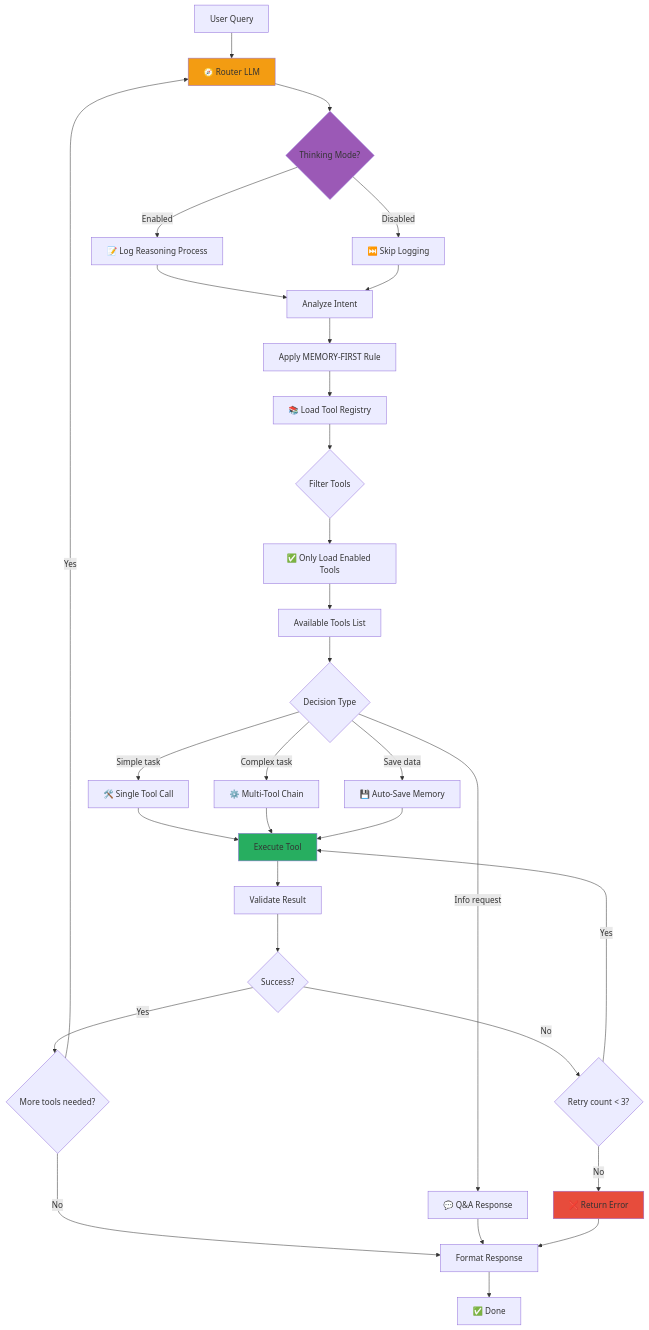
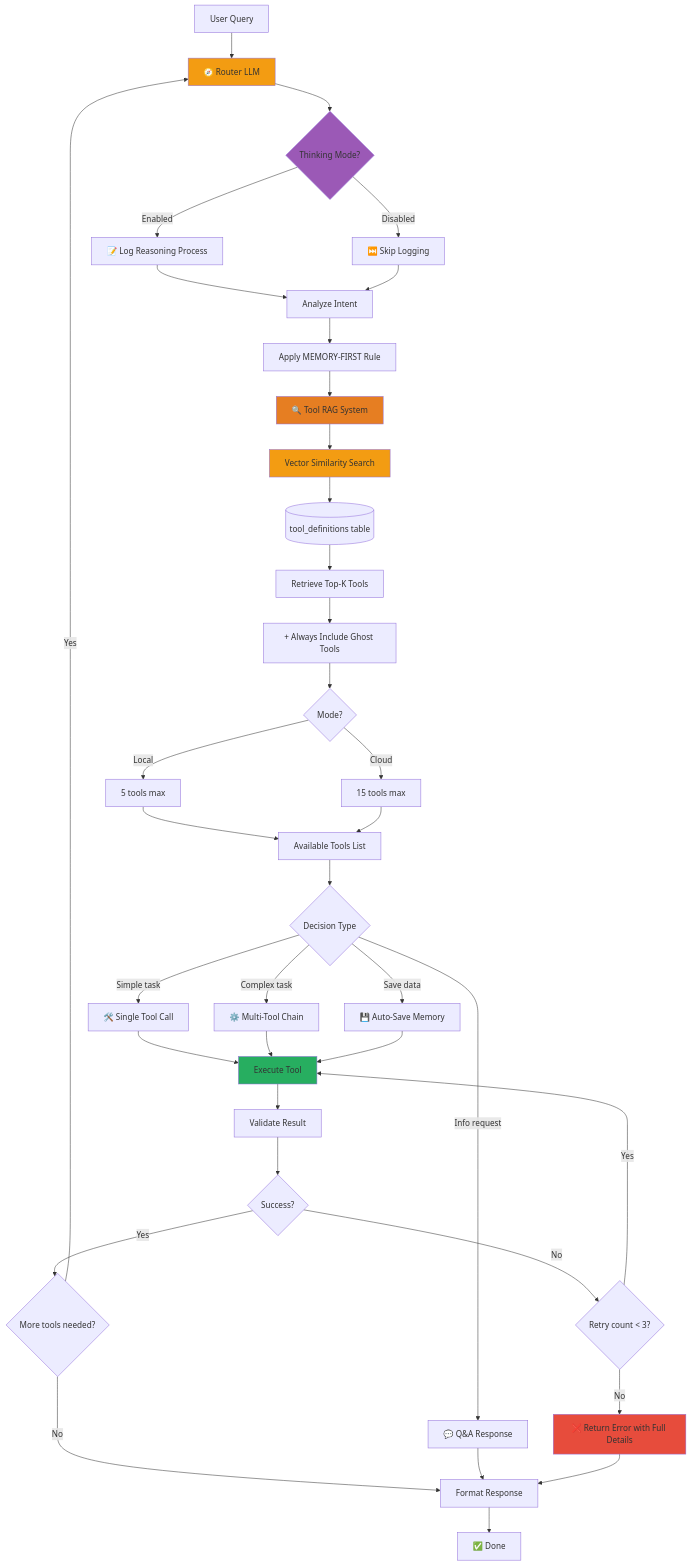
Before and after one commit to bigsk1/jarvis-voice: the fourth of 14 diagrams in docs/JARVIS_WORKFLOW.md, drawn with Mermaid. The commit also changed other lines of this file and 30 other files, not shown here.

First line of the commit message:
feat: Implement Tool RAG System for Dynamic Tool Retrieval

````diff
--- a/docs/JARVIS_WORKFLOW.md
+++ b/docs/JARVIS_WORKFLOW.md
@@ -178,51 +180,62 @@
 ```mermaid
 graph TB
     Start[User Query] --> Router[🧭 Router LLM]
     
     Router --> Thinking{Thinking Mode?}
     Thinking -->|Enabled| LogReason[📝 Log Reasoning Process]
     Thinking -->|Disabled| SkipLog[⏭️ Skip Logging]
     
     LogReason --> Analyze
     SkipLog --> Analyze
     
     Analyze[Analyze Intent] --> CheckMem[Apply MEMORY-FIRST Rule]
     
-    CheckMem --> ToolReg[📚 Load Tool Registry]
-    ToolReg --> FilterTools{Filter Tools}
+    CheckMem --> ToolRAG[🔍 Tool RAG System]
     
-    FilterTools --> Enabled[✅ Only Load Enabled Tools]
-    Enabled --> ToolList[Available Tools List]
+    ToolRAG --> VectorSearch[Vector Similarity Search]
+    VectorSearch --> ToolDB[(tool_definitions table)]
+    
+    ToolDB --> TopK[Retrieve Top-K Tools]
+    TopK --> GhostTools[+ Always Include Ghost Tools]
+    
+    GhostTools --> Mode{Mode?}
+    Mode -->|Local| Limit5[5 tools max]
+    Mode -->|Cloud| Limit15[15 tools max]
+    
+    Limit5 --> ToolList[Available Tools List]
+    Limit15 --> ToolList
     
     ToolList --> Decision{Decision Type}
     
     Decision -->|"Simple task"| SingleTool[🛠️ Single Tool Call]
     Decision -->|"Complex task"| MultiTool[⚙️ Multi-Tool Chain]
     Decision -->|"Info request"| QA[💬 Q&A Response]
     Decision -->|"Save data"| AutoSave[💾 Auto-Save Memory]
     
     SingleTool --> Execute[Execute Tool]
     MultiTool --> Execute
     AutoSave --> Execute
     
     Execute --> Validate[Validate Result]
     Validate --> Success{Success?}
     
     Success -->|Yes| CheckNext{More tools needed?}
     Success -->|No| Retry{Retry count < 3?}
     
     Retry -->|Yes| Execute
-    Retry -->|No| Error[❌ Return Error]
+    Retry -->|No| Error[❌ Return Error with Full Details]
     
     CheckNext -->|Yes| Router
     CheckNext -->|No| Format[Format Response]
     
     QA --> Format
     Error --> Format
     Format --> Done[✅ Done]
     
     style Router fill:#f39c12
     style Thinking fill:#9b59b6
+    style ToolRAG fill:#e67e22
+    style VectorSearch fill:#f39c12
     style Execute fill:#27ae60
     style Error fill:#e74c3c
 ```
````
